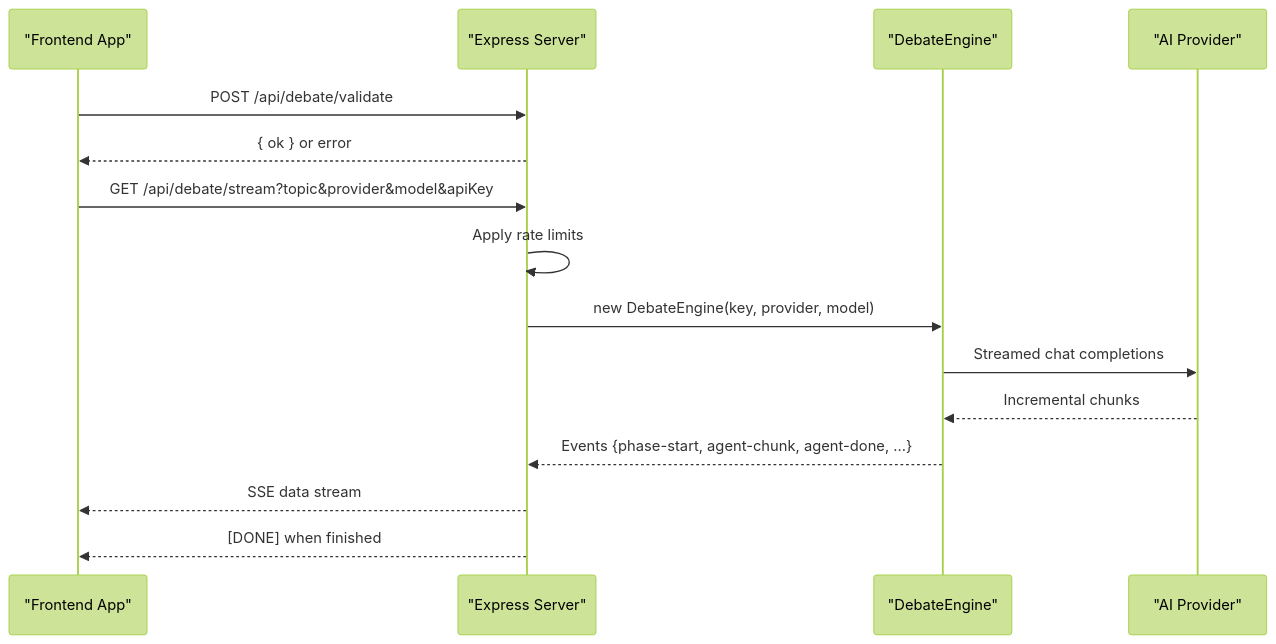
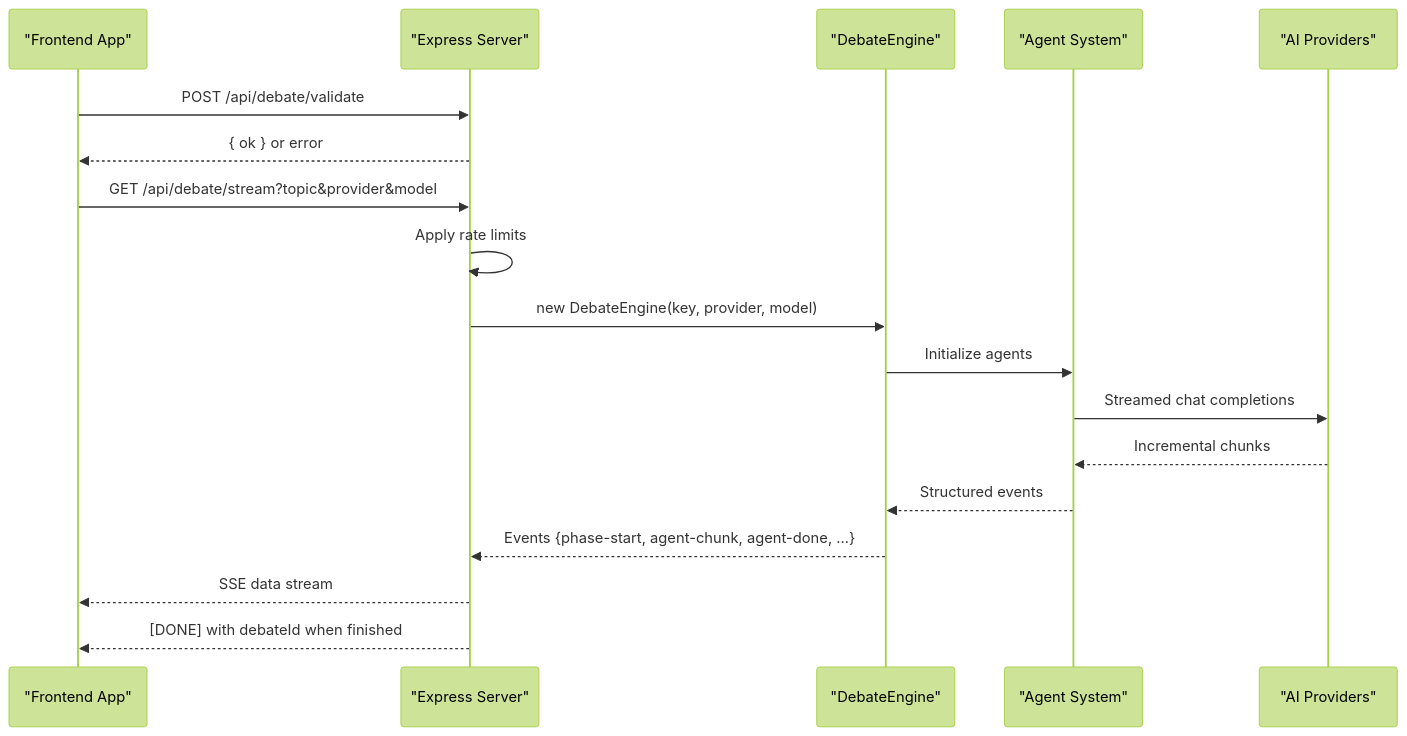
The third of 11 diagrams in .qoder/repowiki/en/content/System Architecture/System Architecture.md (RunTimeAdmin/tri-ai), drawn with Mermaid (forest theme) before and after one commit. The commit also changed other lines of this file and 21 other files, not shown here.

````diff
--- a/.qoder/repowiki/en/content/System Architecture/System Architecture.md
+++ b/.qoder/repowiki/en/content/System Architecture/System Architecture.md
@@ -159,17 +162,20 @@
 ```mermaid
 sequenceDiagram
 participant Client as "Frontend App"
 participant API as "Express Server"
 participant Engine as "DebateEngine"
-participant AI as "AI Provider"
+participant Agents as "Agent System"
+participant Providers as "AI Providers"
 Client->>API : POST /api/debate/validate
 API-->>Client : { ok } or error
-Client->>API : GET /api/debate/stream?topic&provider&model&apiKey
+Client->>API : GET /api/debate/stream?topic&provider&model
 API->>API : Apply rate limits
 API->>Engine : new DebateEngine(key, provider, model)
-Engine->>AI : Streamed chat completions
-AI-->>Engine : Incremental chunks
+Engine->>Agents : Initialize agents
+Agents->>Providers : Streamed chat completions
+Providers-->>Agents : Incremental chunks
+Agents-->>Engine : Structured events
 Engine-->>API : Events {phase-start, agent-chunk, agent-done, ...}
 API-->>Client : SSE data stream
-API-->>Client : [DONE] when finished
+API-->>Client : [DONE] with debateId when finished
 ```
````
